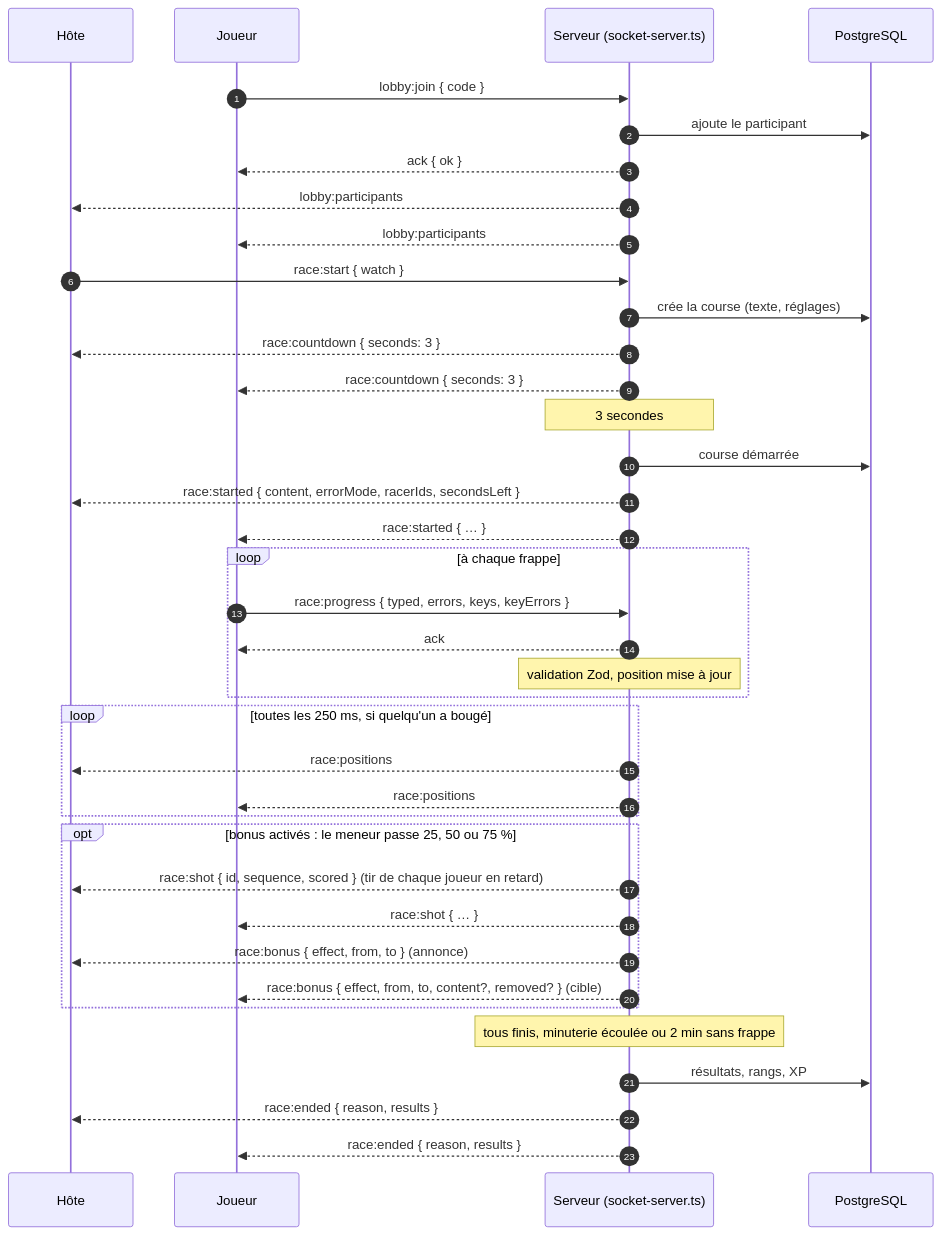
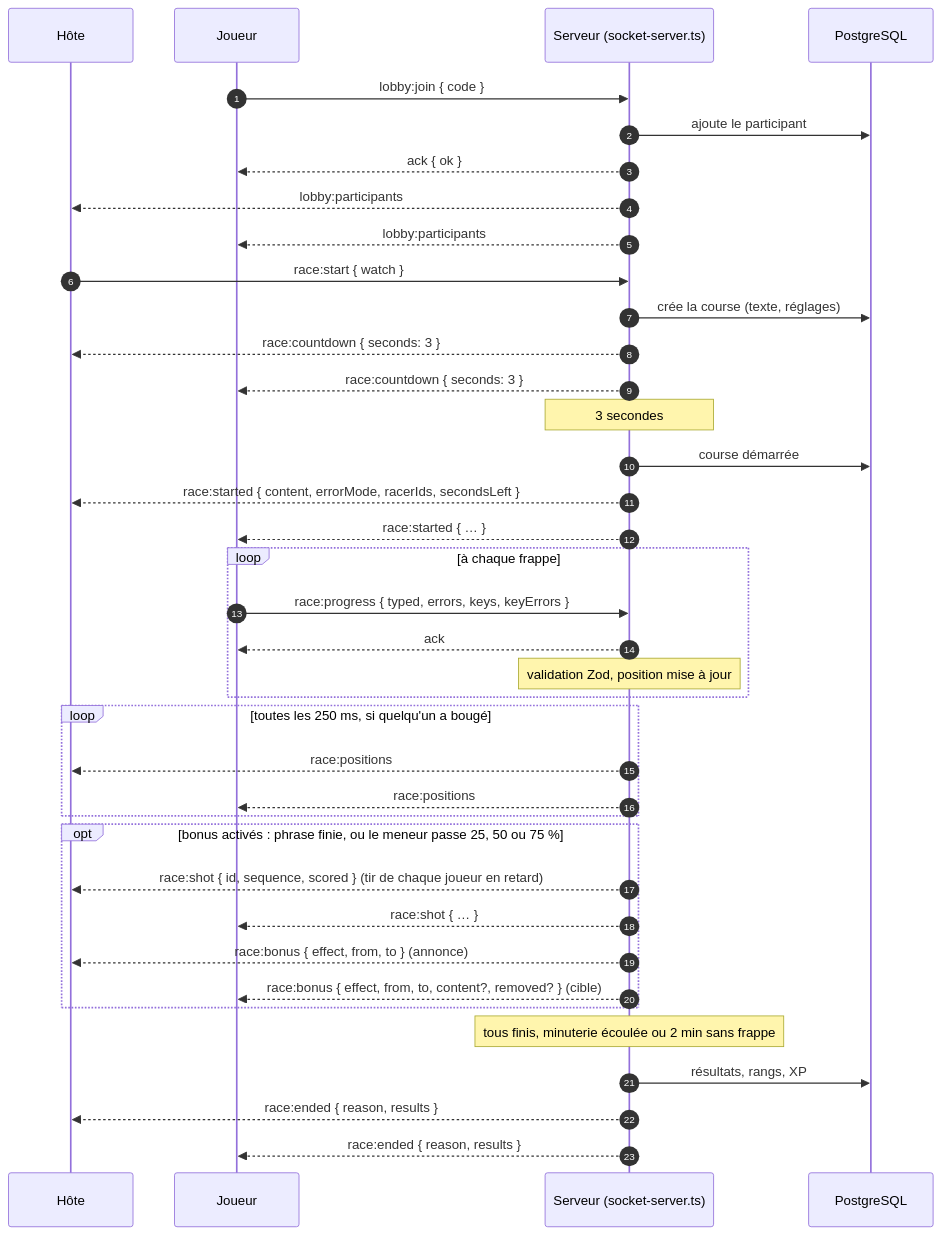
Before and after one commit to Madlodon/taype-in: the fourth of 4 diagrams in docs/ARCHITECTURE.md, drawn with Mermaid. The commit also changed other lines of this file and 1 other file, not shown here.

Commit message:
Document sentence goals

````diff
--- a/docs/ARCHITECTURE.md
+++ b/docs/ARCHITECTURE.md
@@ -208,44 +208,44 @@
 ```mermaid
 sequenceDiagram
     autonumber
     participant H as Hôte
     participant J as Joueur
     participant S as Serveur (socket-server.ts)
     participant DB as PostgreSQL
 
     J->>S: lobby:join { code }
     S->>DB: ajoute le participant
     S-->>J: ack { ok }
     S-->>H: lobby:participants
     S-->>J: lobby:participants
 
     H->>S: race:start { watch }
     S->>DB: crée la course (texte, réglages)
     S-->>H: race:countdown { seconds: 3 }
     S-->>J: race:countdown { seconds: 3 }
     Note over S: 3 secondes
     S->>DB: course démarrée
     S-->>H: race:started { content, errorMode, racerIds, secondsLeft }
     S-->>J: race:started { … }
 
     loop à chaque frappe
         J->>S: race:progress { typed, errors, keys, keyErrors }
         S-->>J: ack
         Note over S: validation Zod, position mise à jour
     end
     loop toutes les 250 ms, si quelqu'un a bougé
         S-->>H: race:positions
         S-->>J: race:positions
     end
-    opt bonus activés : le meneur passe 25, 50 ou 75 %
+    opt bonus activés : phrase finie, ou le meneur passe 25, 50 ou 75 %
         S-->>H: race:shot { id, sequence, scored } (tir de chaque joueur en retard)
         S-->>J: race:shot { … }
         S-->>H: race:bonus { effect, from, to } (annonce)
         S-->>J: race:bonus { effect, from, to, content?, removed? } (cible)
     end
 
     Note over S: tous finis, minuterie écoulée ou 2 min sans frappe
     S->>DB: résultats, rangs, XP
     S-->>H: race:ended { reason, results }
     S-->>J: race:ended { reason, results }
 ```
````
